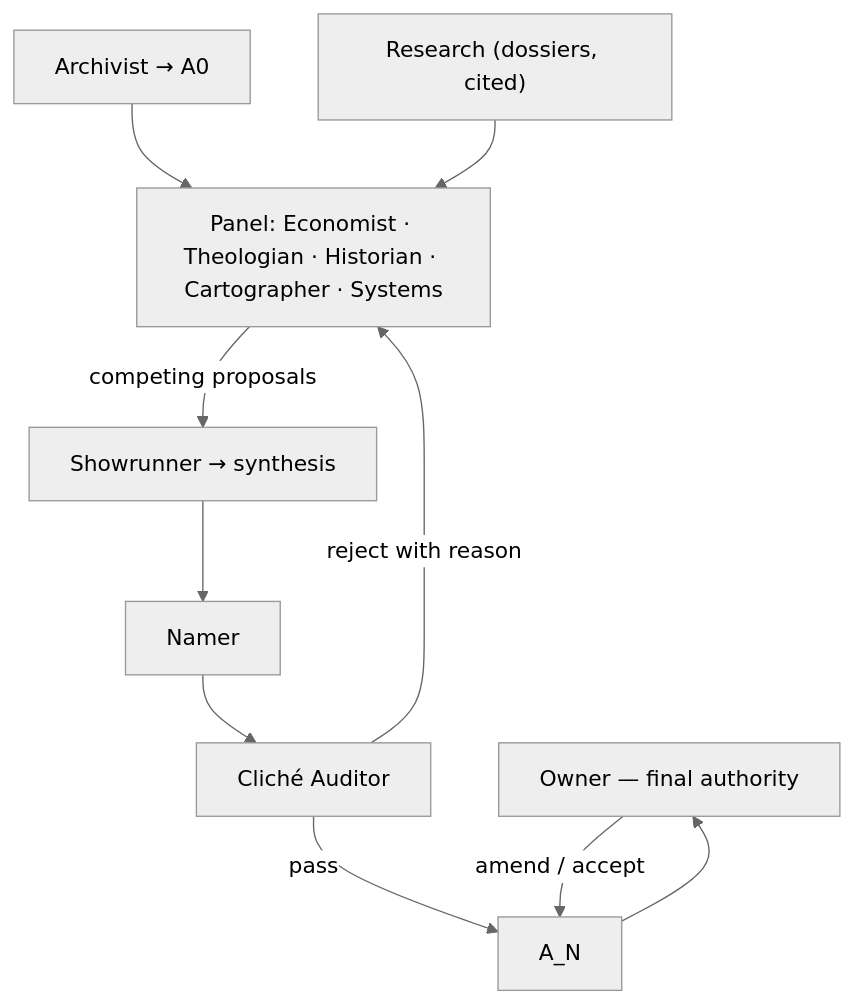
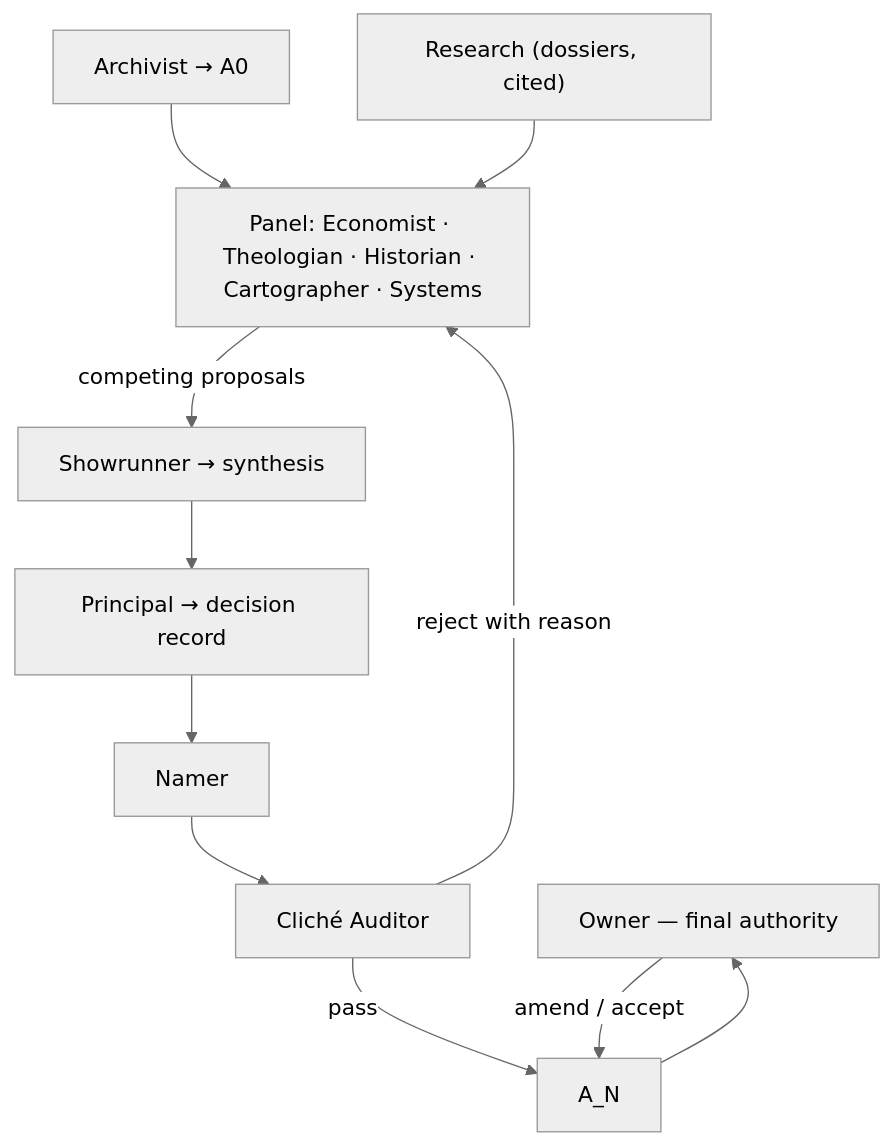
The diagram in docs/superpowers/specs/2026-08-01-worldbuilding-roles-charter.md (montionugera/atlas-world-svc), drawn with Mermaid (neutral theme) before and after one commit. The commit also changed other lines of this file, not shown here.

First line of the commit message:
docs(roles): add the Principal - a decision role separate from the Showrunner

````diff
--- a/docs/superpowers/specs/2026-08-01-worldbuilding-roles-charter.md
+++ b/docs/superpowers/specs/2026-08-01-worldbuilding-roles-charter.md
@@ -68,20 +100,22 @@
 ```mermaid
 flowchart TD
   OWNER["Owner — final authority"]
   ARCH["Archivist → A0"]
   RES["Research (dossiers, cited)"]
   PANEL["Panel: Economist · Theologian · Historian · Cartographer · Systems"]
   NAME["Namer"]
   AUD["Cliché Auditor"]
   SYN["Showrunner → synthesis"]
+  PRIN["Principal → decision record"]
   ART["A_N"]
 
   ARCH --> PANEL
   RES --> PANEL
   PANEL -->|competing proposals| SYN
-  SYN --> NAME --> AUD
+  SYN --> PRIN
+  PRIN --> NAME --> AUD
   AUD -->|pass| ART
   AUD -->|reject with reason| PANEL
   ART --> OWNER
   OWNER -->|amend / accept| ART
 ```
````
